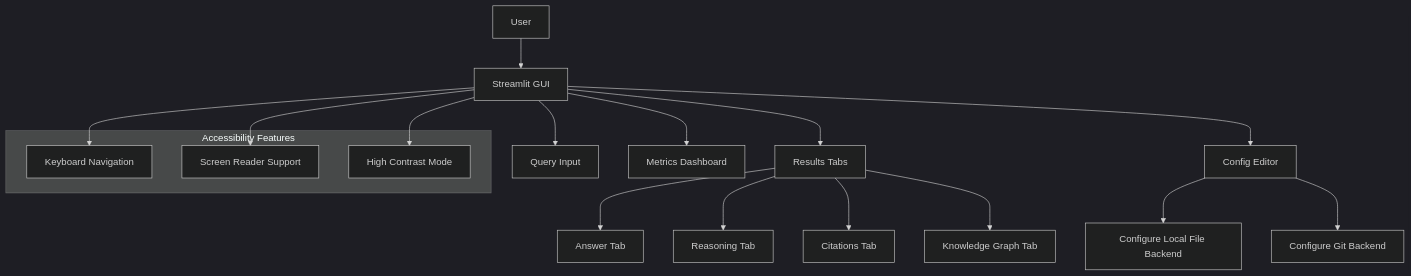
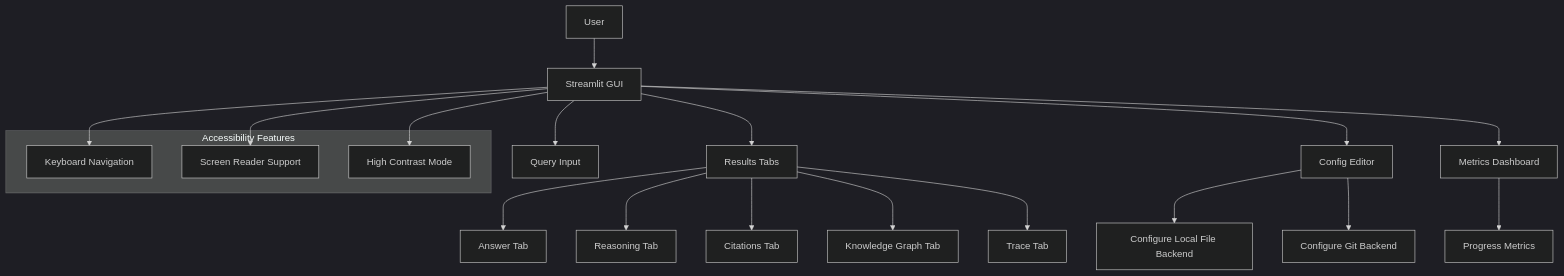
Before and after one commit to ravenoak/autoresearch: the third of 5 diagrams in docs/diagrams/ux_architecture.md, drawn with Mermaid (dark theme). The commit also changed 4 other files, not shown here.

Commit message:
Add graphviz trace visualization and profile management

````diff
--- a/docs/diagrams/ux_architecture.md
+++ b/docs/diagrams/ux_architecture.md
@@ -79,26 +79,29 @@
 ```mermaid
 graph TD
     User[User] --> GUI[Streamlit GUI]
     
     GUI --> QueryInput[Query Input]
     GUI --> ResultsTabs[Results Tabs]
     GUI --> ConfigEditor[Config Editor]
     ConfigEditor --> LocalFileSetupGUI[Configure Local File Backend]
     ConfigEditor --> GitRepoSetupGUI[Configure Git Backend]
     GUI --> MetricsDashboard[Metrics Dashboard]
-    
+
+    MetricsDashboard --> ProgressMetrics[Progress Metrics]
+
     ResultsTabs --> AnswerTab[Answer Tab]
     ResultsTabs --> ReasoningTab[Reasoning Tab]
     ResultsTabs --> CitationsTab[Citations Tab]
     ResultsTabs --> KnowledgeGraphTab[Knowledge Graph Tab]
+    ResultsTabs --> TraceTab[Trace Tab]
     
     subgraph "Accessibility Features"
         KeyboardNavigation[Keyboard Navigation]
         ScreenReaderSupport[Screen Reader Support]
         HighContrastMode[High Contrast Mode]
     end
     
     GUI --> KeyboardNavigation
     GUI --> ScreenReaderSupport
     GUI --> HighContrastMode
 ```
````
